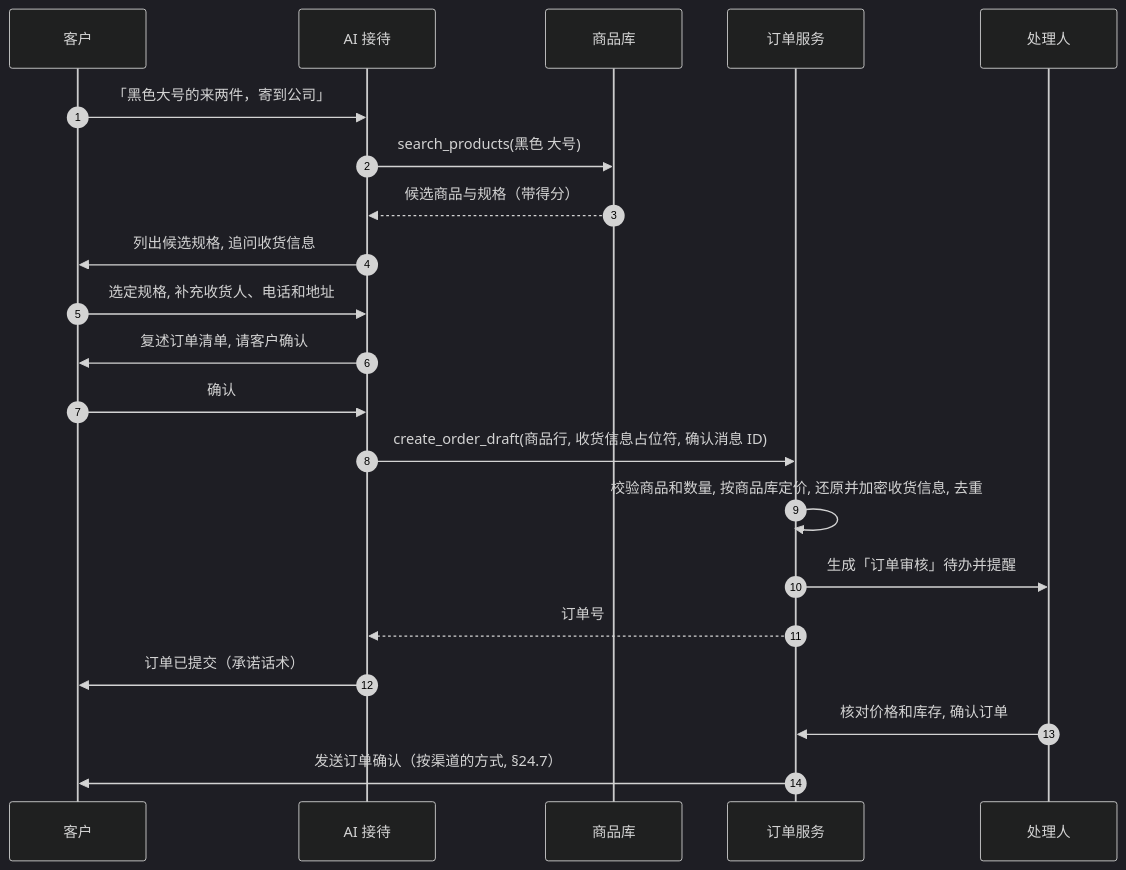
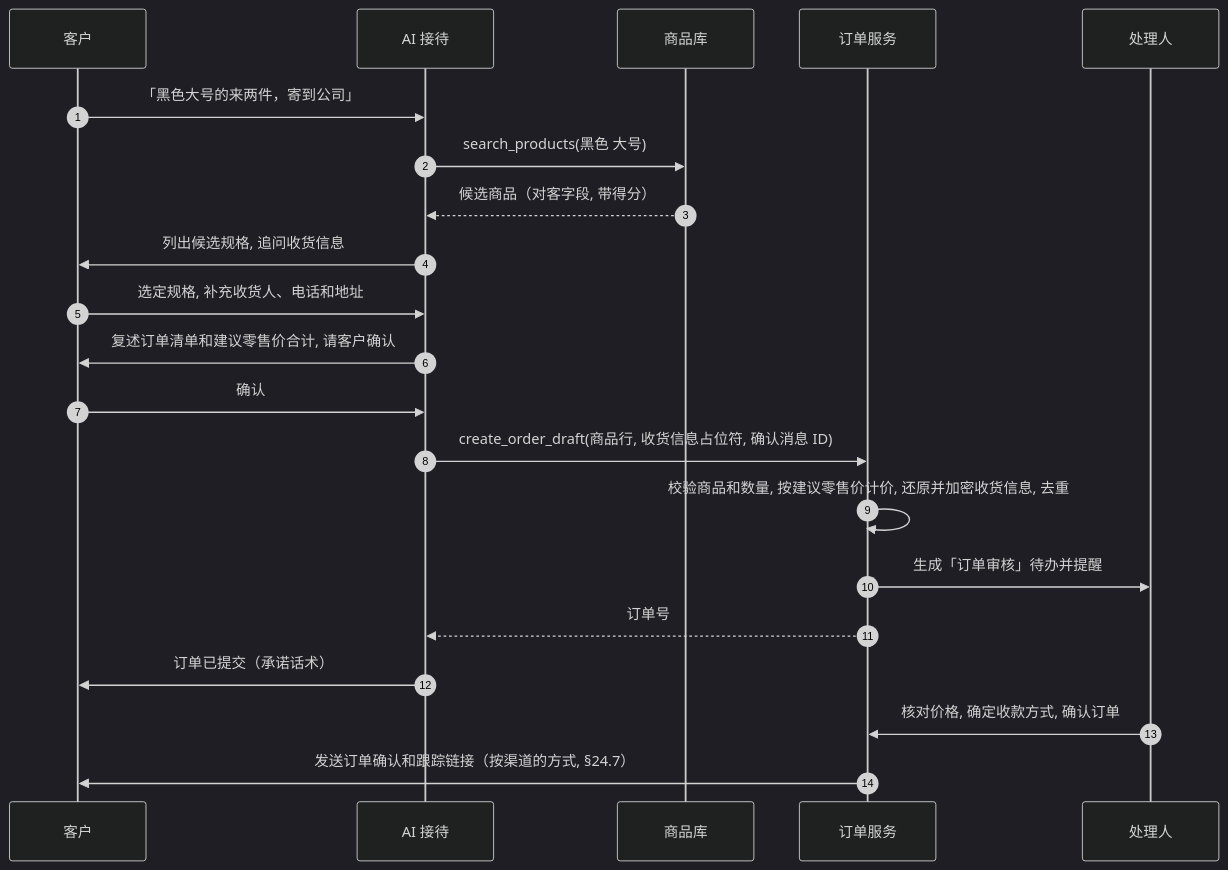
Diagram 11 of 12 in docs/plans/2026-09-28-enterprise-digital-platform-design.md (brianabc121/EnterpriseDigitalPlatform), drawn with Mermaid (dark theme) before and after one commit. The commit also changed other lines of this file, not shown here.

````diff
--- a/docs/plans/2026-09-28-enterprise-digital-platform-design.md
+++ b/docs/plans/2026-09-28-enterprise-digital-platform-design.md
@@ -1949,23 +2007,23 @@
 ```mermaid
 sequenceDiagram
   autonumber
   participant C as 客户
   participant AI as AI 接待
   participant P as 商品库
   participant O as 订单服务
   participant S as 处理人
   C->>AI: 「黑色大号的来两件，寄到公司」
   AI->>P: search_products(黑色 大号)
-  P-->>AI: 候选商品与规格（带得分）
+  P-->>AI: 候选商品（对客字段, 带得分）
   AI->>C: 列出候选规格, 追问收货信息
   C->>AI: 选定规格, 补充收货人、电话和地址
-  AI->>C: 复述订单清单, 请客户确认
+  AI->>C: 复述订单清单和建议零售价合计, 请客户确认
   C->>AI: 确认
   AI->>O: create_order_draft(商品行, 收货信息占位符, 确认消息 ID)
-  O->>O: 校验商品和数量, 按商品库定价, 还原并加密收货信息, 去重
+  O->>O: 校验商品和数量, 按建议零售价计价, 还原并加密收货信息, 去重
   O->>S: 生成「订单审核」待办并提醒
   O-->>AI: 订单号
   AI->>C: 订单已提交（承诺话术）
-  S->>O: 核对价格和库存, 确认订单
-  O->>C: 发送订单确认（按渠道的方式, §24.7）
+  S->>O: 核对价格, 确定收款方式, 确认订单
+  O->>C: 发送订单确认和跟踪链接（按渠道的方式, §24.7）
 ```
````
